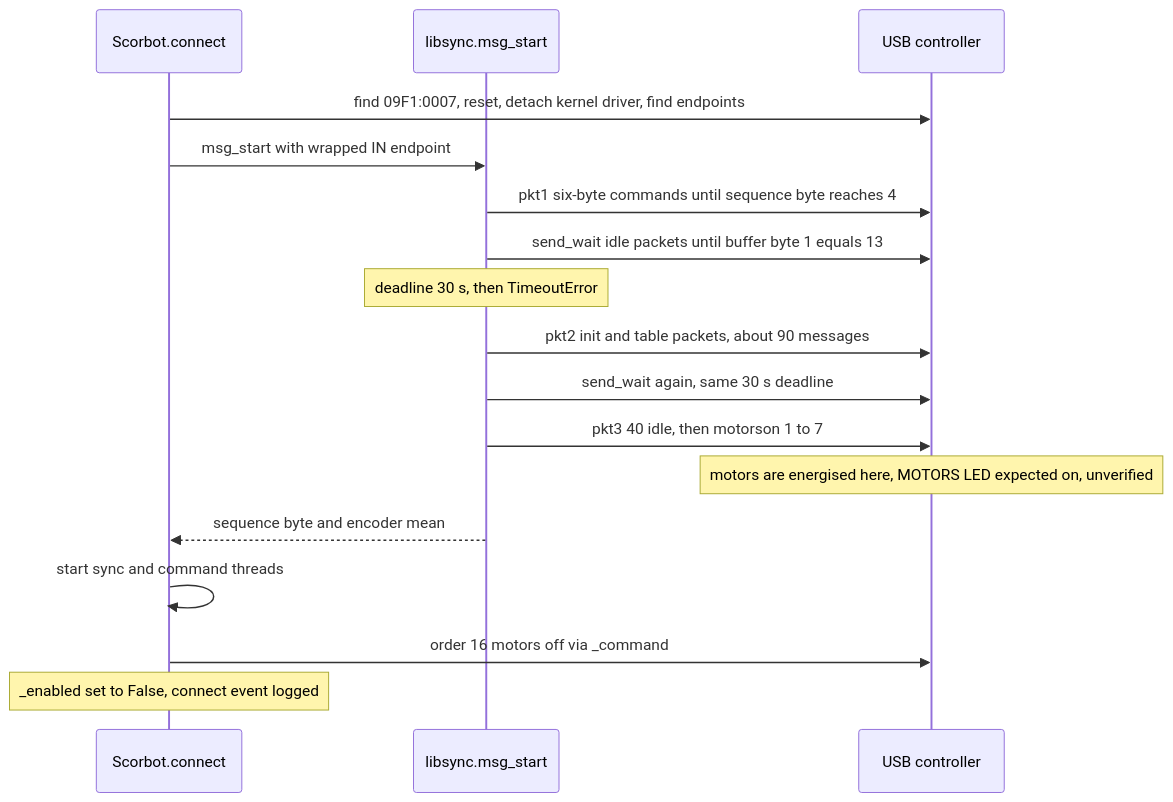
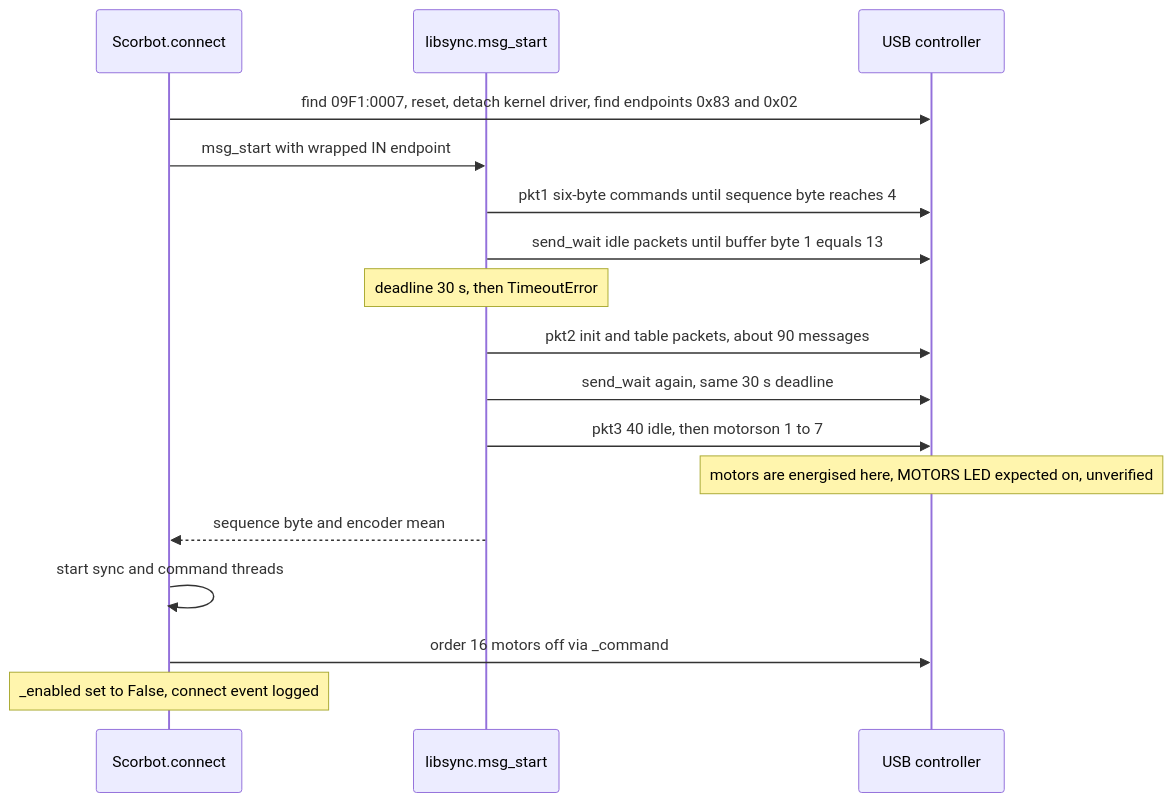
The fifth of 5 diagrams in docs/design/ARCHITECTURE.md (Sebastianr8243/scorbot-er4u-python), drawn with Mermaid before and after one commit. The commit also changed 3 other files, not shown here.

First line of the commit message:
Pin connect endpoints to the driver's 0x83 and 0x02 (#59)

````diff
--- a/docs/design/ARCHITECTURE.md
+++ b/docs/design/ARCHITECTURE.md
@@ -217,19 +217,19 @@
 ```mermaid
 sequenceDiagram
     participant F as Scorbot.connect
     participant M as libsync.msg_start
     participant U as USB controller
-    F->>U: find 09F1:0007, reset, detach kernel driver, find endpoints
+    F->>U: find 09F1:0007, reset, detach kernel driver, find endpoints 0x83 and 0x02
     F->>M: msg_start with wrapped IN endpoint
     M->>U: pkt1 six-byte commands until sequence byte reaches 4
     M->>U: send_wait idle packets until buffer byte 1 equals 13
     Note over M: deadline 30 s, then TimeoutError
     M->>U: pkt2 init and table packets, about 90 messages
     M->>U: send_wait again, same 30 s deadline
     M->>U: pkt3 40 idle, then motorson 1 to 7
     Note over U: motors are energised here, MOTORS LED expected on, unverified
     M-->>F: sequence byte and encoder mean
     F->>F: start sync and command threads
     F->>U: order 16 motors off via _command
     Note over F: _enabled set to False, connect event logged
 ```
````
